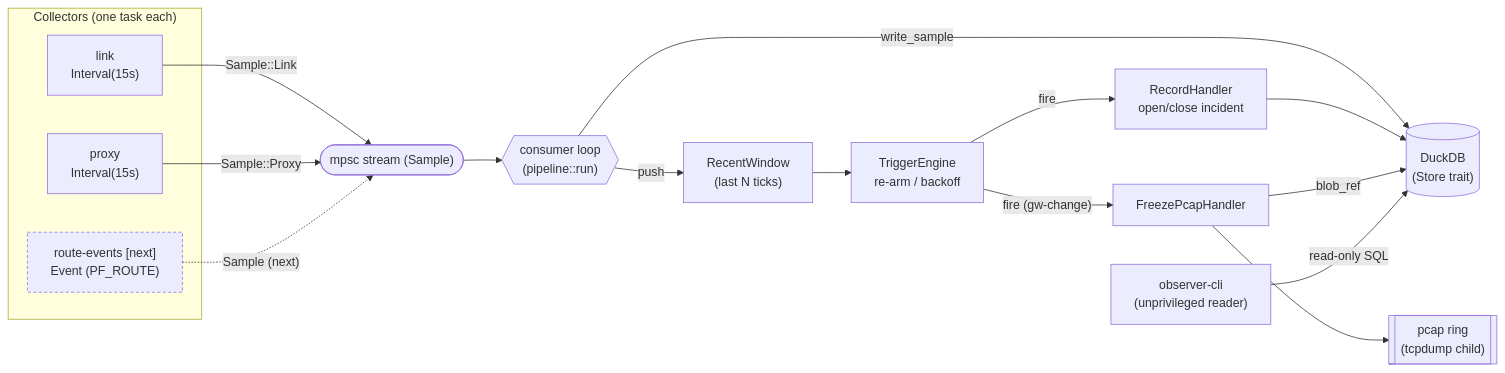
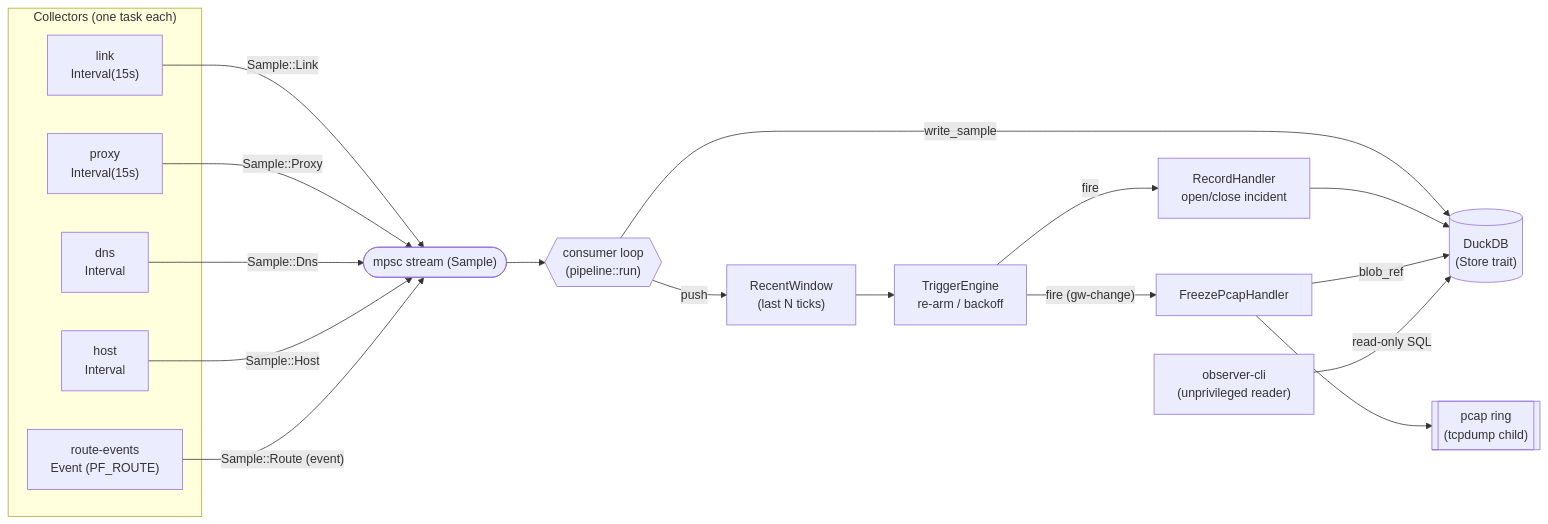
Before and after one commit to gurinderu/net-observer: the first of 2 diagrams in ARCHITECTURE.md, drawn with Mermaid. The commit also changed other lines of this file and 37 other files, not shown here.

Commit message:
feat: dns/route/host collectors (route is Event/PF_ROUTE) + activate fakeip/starvation + observer-bar read-only glance (gpui menu-bar deferred: Metal Toolchain)

````diff
--- a/ARCHITECTURE.md
+++ b/ARCHITECTURE.md
@@ -23,29 +23,30 @@
 ```mermaid
 flowchart LR
     subgraph collectors["Collectors (one task each)"]
         link["link\nInterval(15s)"]
         proxy["proxy\nInterval(15s)"]
-        evt["route-events [next]\nEvent (PF_ROUTE)"]
+        dns["dns\nInterval"]
+        host["host\nInterval"]
+        evt["route-events\nEvent (PF_ROUTE)"]
     end
 
     link -- "Sample::Link" --> stream
     proxy -- "Sample::Proxy" --> stream
-    evt -. "Sample (next)" .-> stream
+    dns -- "Sample::Dns" --> stream
+    host -- "Sample::Host" --> stream
+    evt -- "Sample::Route (event)" --> stream
 
     stream(["mpsc stream (Sample)"]) --> consumer{{"consumer loop\n(pipeline::run)"}}
 
     consumer -->|write_sample| store[("DuckDB\n(Store trait)")]
     consumer -->|push| window["RecentWindow\n(last N ticks)"]
     window --> engine["TriggerEngine\nre-arm / backoff"]
 
     engine -->|fire| record["RecordHandler\nopen/close incident"]
     engine -->|"fire (gw-change)"| freeze["FreezePcapHandler"]
     record --> store
     freeze --> ring[["pcap ring\n(tcpdump child)"]]
     freeze -->|blob_ref| store
 
     cli["observer-cli\n(unprivileged reader)"] -->|read-only SQL| store
-
-    classDef next stroke-dasharray: 4 3;
-    class evt next;
 ```
````
